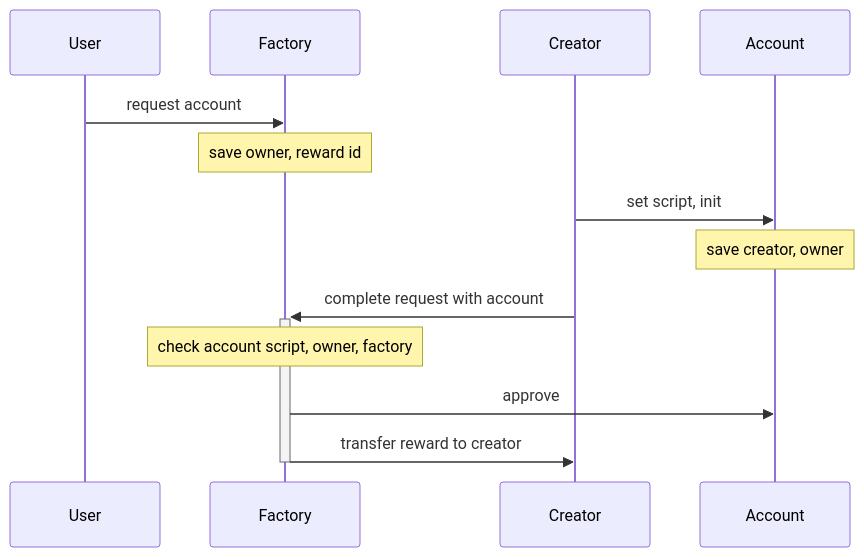
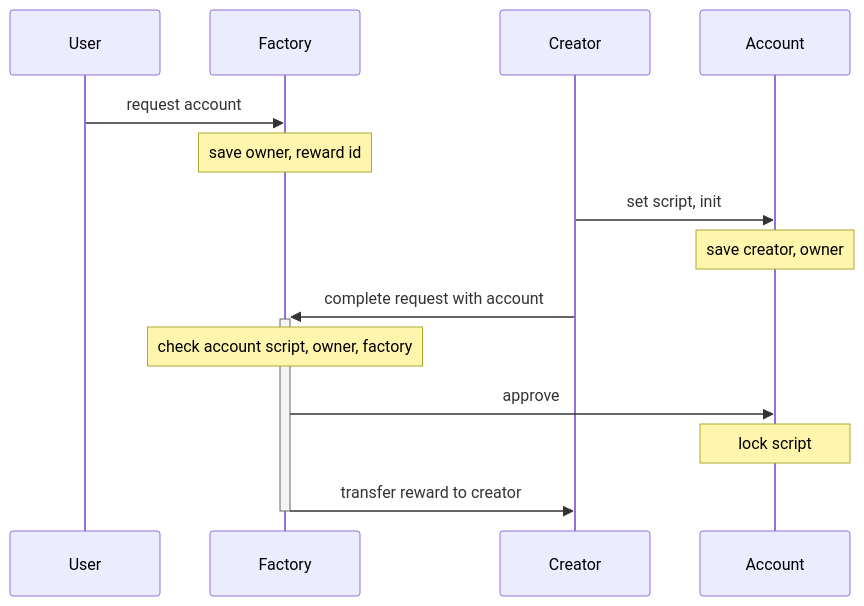
One commit to waves-exchange/contracts changed the first of 2 diagrams in ride/grid-trading/info.md. Above: the diagram before and after it, drawn with Mermaid.

Commit message:
info fix

````diff
--- a/ride/grid-trading/info.md
+++ b/ride/grid-trading/info.md
@@ -40,11 +40,12 @@
 ```mermaid
 sequenceDiagram
   User ->> Factory: request account
   Note over Factory: save owner, reward id
   Creator ->> Account: set script, init
   Note over Account: save creator, owner
   Creator ->>+ Factory: complete request with account
   Note over Factory: check account script, owner, factory
   Factory ->> Account: approve
+  Note over Account: lock script
   Factory ->>- Creator: transfer reward to creator
 ```
````
